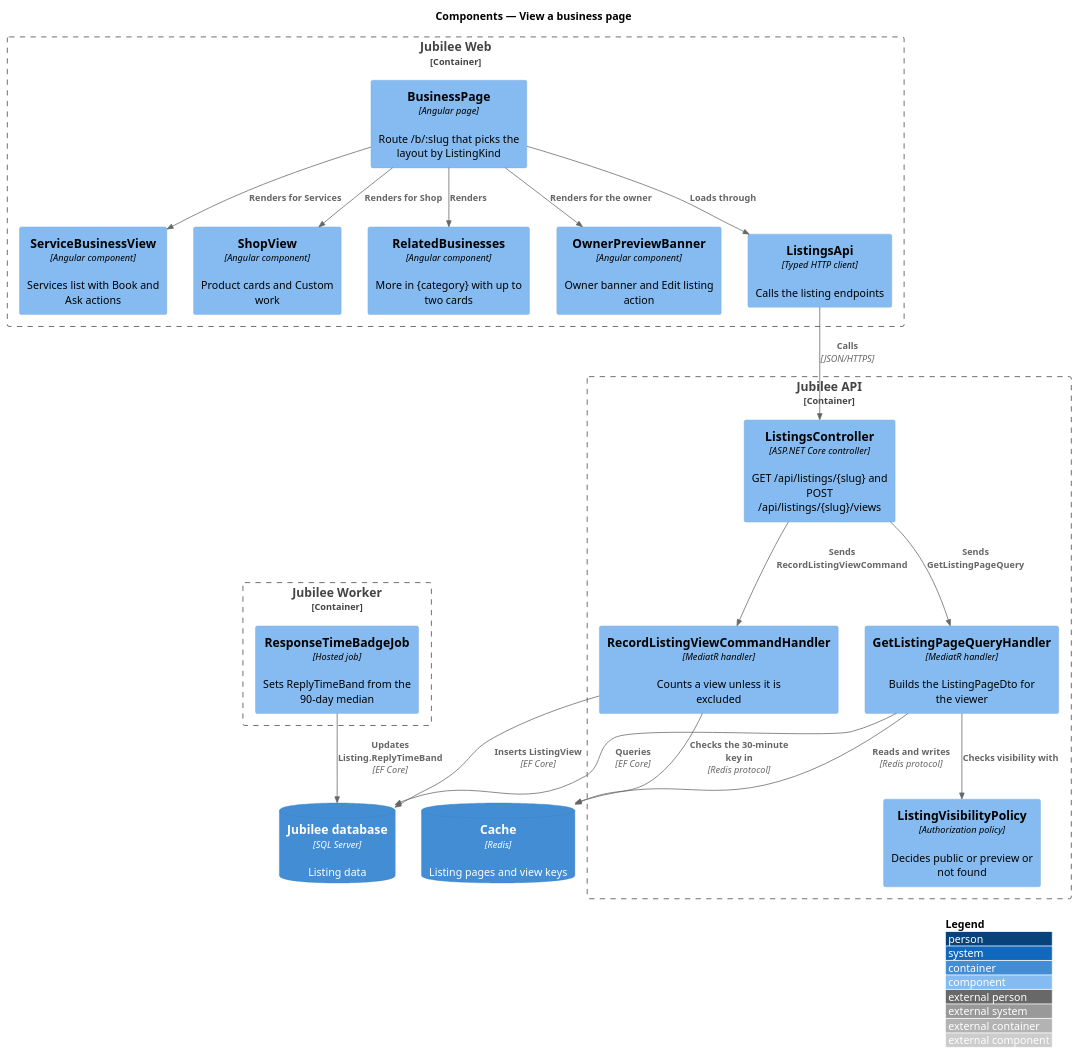
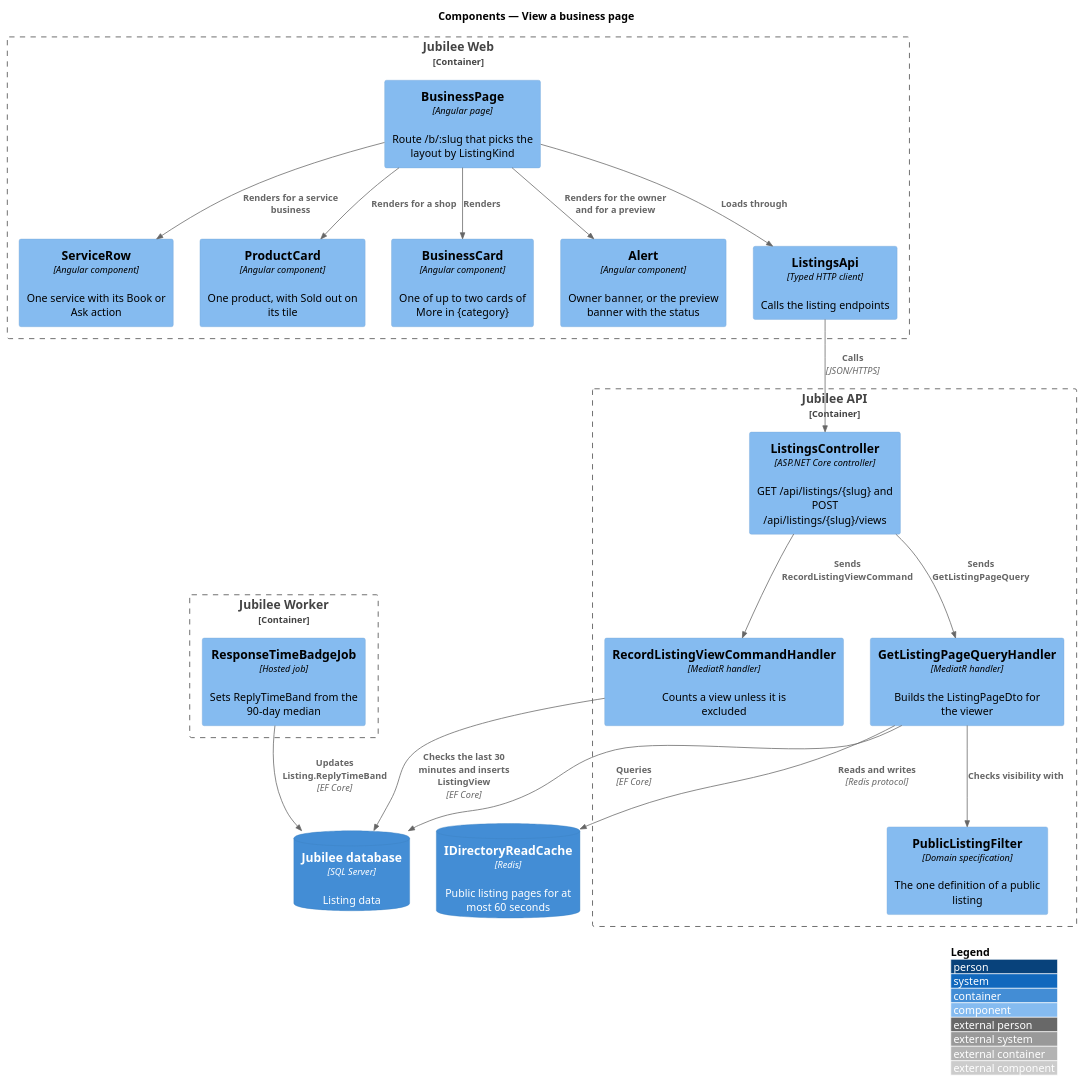
One commit to QuinntyneBrown/jubilee changed the diagram in docs/detailed-designs/listings/view-business-page/diagrams/c4-component.puml. Above: the diagram before and after it, drawn with PlantUML. The commit also changed 28 other files, not shown here.

First line of the commit message:
Specify the rest of journey 2: sold-out cards, the preview status, back-in-stock notices

```diff
--- a/docs/detailed-designs/listings/view-business-page/diagrams/c4-component.puml
+++ b/docs/detailed-designs/listings/view-business-page/diagrams/c4-component.puml
@@ -1,40 +1,39 @@
 @startuml
 !include <C4/C4_Component>
 LAYOUT_WITH_LEGEND()
 title Components — View a business page
 
 Container_Boundary(web, "Jubilee Web") {
   Component(page, "BusinessPage", "Angular page", "Route /b/:slug that picks the layout by ListingKind")
-  Component(svc, "ServiceBusinessView", "Angular component", "Services list with Book and Ask actions")
-  Component(shop, "ShopView", "Angular component", "Product cards and Custom work")
-  Component(related, "RelatedBusinesses", "Angular component", "More in {category} with up to two cards")
-  Component(banner, "OwnerPreviewBanner", "Angular component", "Owner banner and Edit listing action")
+  Component(svc, "ServiceRow", "Angular component", "One service with its Book or Ask action")
+  Component(shop, "ProductCard", "Angular component", "One product, with Sold out on its tile")
+  Component(related, "BusinessCard", "Angular component", "One of up to two cards of More in {category}")
+  Component(banner, "Alert", "Angular component", "Owner banner, or the preview banner with the status")
   Component(client, "ListingsApi", "Typed HTTP client", "Calls the listing endpoints")
 }
 Container_Boundary(api, "Jubilee API") {
   Component(ctrl, "ListingsController", "ASP.NET Core controller", "GET /api/listings/{slug} and POST /api/listings/{slug}/views")
   Component(handler, "GetListingPageQueryHandler", "MediatR handler", "Builds the ListingPageDto for the viewer")
-  Component(policy, "ListingVisibilityPolicy", "Authorization policy", "Decides public or preview or not found")
+  Component(policy, "PublicListingFilter", "Domain specification", "The one definition of a public listing")
   Component(views, "RecordListingViewCommandHandler", "MediatR handler", "Counts a view unless it is excluded")
 }
 Container_Boundary(worker, "Jubilee Worker") {
   Component(job, "ResponseTimeBadgeJob", "Hosted job", "Sets ReplyTimeBand from the 90-day median")
 }
-ContainerDb(cache, "Cache", "Redis", "Listing pages and view keys")
+ContainerDb(cache, "IDirectoryReadCache", "Redis", "Public listing pages for at most 60 seconds")
 ContainerDb(db, "Jubilee database", "SQL Server", "Listing data")
 
-Rel(page, svc, "Renders for Services")
-Rel(page, shop, "Renders for Shop")
+Rel(page, svc, "Renders for a service business")
+Rel(page, shop, "Renders for a shop")
 Rel(page, related, "Renders")
-Rel(page, banner, "Renders for the owner")
+Rel(page, banner, "Renders for the owner and for a preview")
 Rel(page, client, "Loads through")
 Rel(client, ctrl, "Calls", "JSON/HTTPS")
 Rel(ctrl, handler, "Sends GetListingPageQuery")
 Rel(ctrl, views, "Sends RecordListingViewCommand")
 Rel(handler, policy, "Checks visibility with")
 Rel(handler, cache, "Reads and writes", "Redis protocol")
 Rel(handler, db, "Queries", "EF Core")
-Rel(views, cache, "Checks the 30-minute key in", "Redis protocol")
-Rel(views, db, "Inserts ListingView", "EF Core")
+Rel(views, db, "Checks the last 30 minutes and inserts ListingView", "EF Core")
 Rel(job, db, "Updates Listing.ReplyTimeBand", "EF Core")
 @enduml
```
